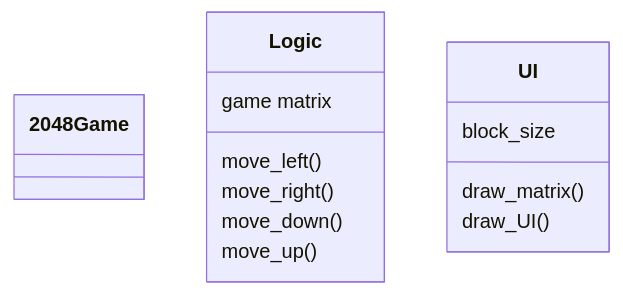
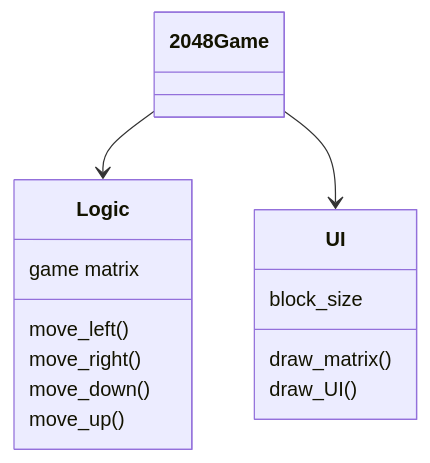
The diagram in Dokumentaatio/arkkitehtuuri.md (Jusq17/ot-harjoitustyo), drawn with Mermaid before and after one commit.

````diff
--- a/Dokumentaatio/arkkitehtuuri.md
+++ b/Dokumentaatio/arkkitehtuuri.md
@@ -2,23 +2,26 @@
 ```mermaid
 
   classDiagram
+  
+  2048 Game --> Logic
+  2048 Game --> UI
   
   class 2048 Game{
   
   }
   
   class Logic{
     game matrix
     move_left()
     move_right()
     move_down()
     move_up()
   }
   
   class UI{
     block_size
     draw_matrix()
     draw_UI()
   }
 
 ```
````
